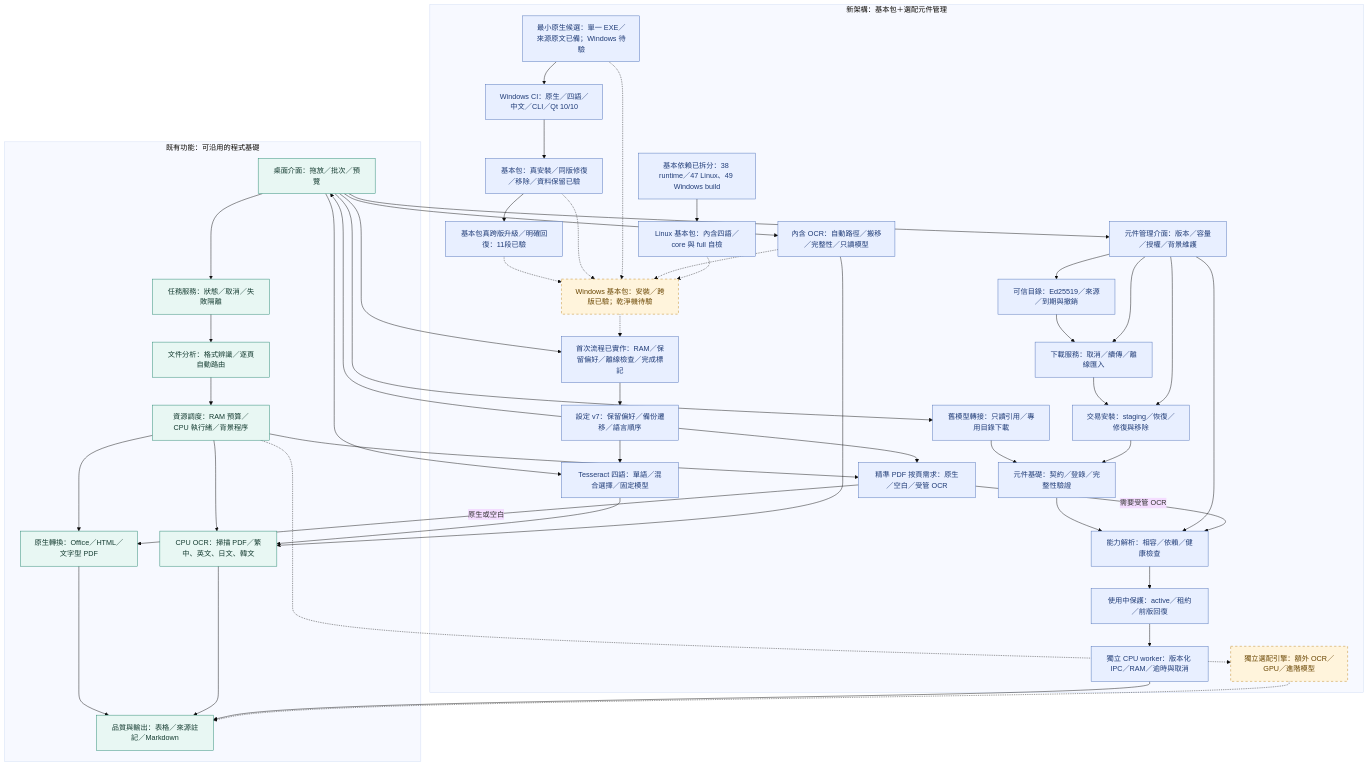
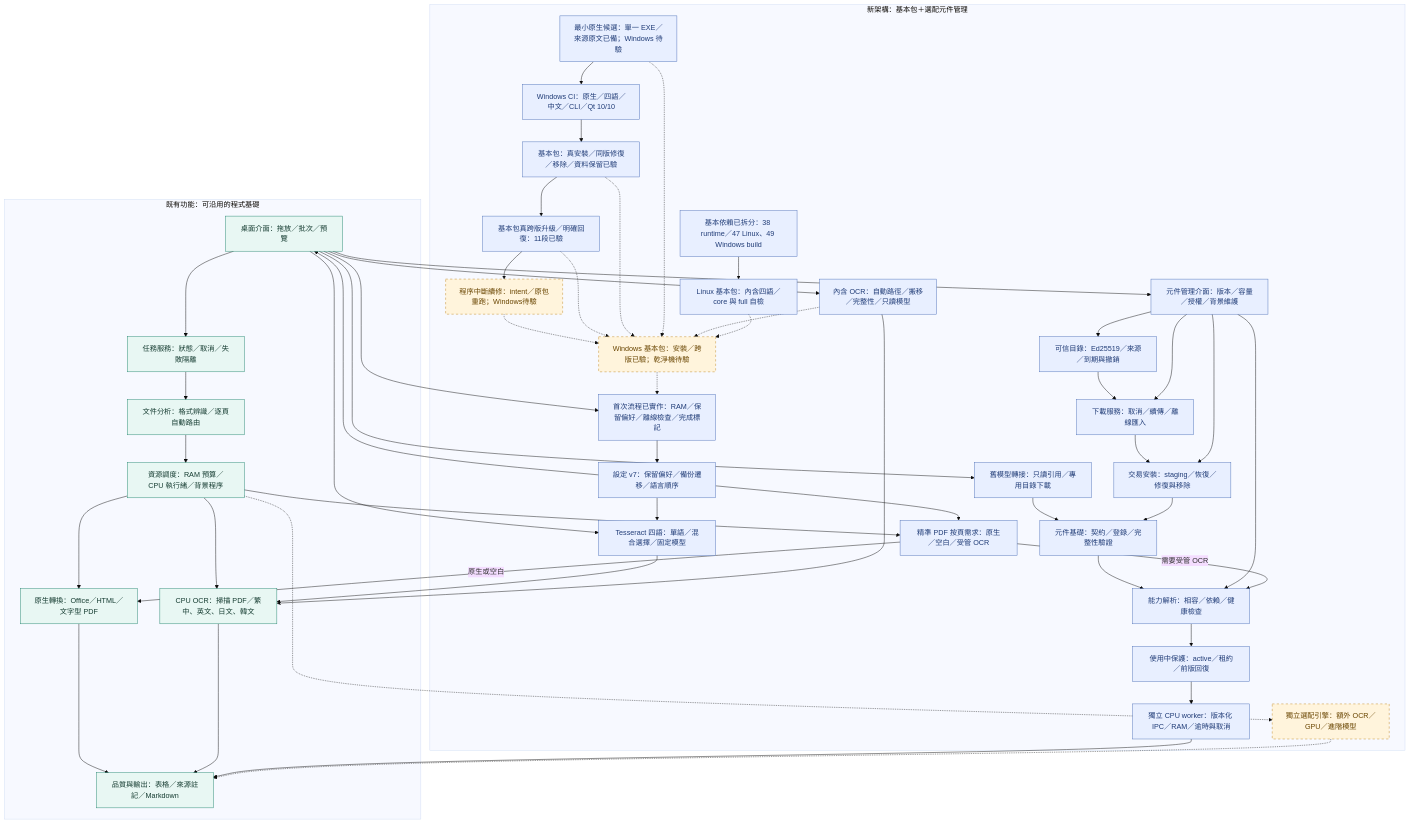
One commit to ChouTa-chuan/MarkItDown-exe changed the diagram in README.md. Above: the diagram before and after it, drawn with Mermaid (base theme). The commit also changed other lines of this file and 115 other files, not shown here.

````diff
--- a/README.md
+++ b/README.md
@@ -21,78 +21,81 @@
 ```mermaid
 flowchart TD
     subgraph Existing["既有功能：可沿用的程式基礎"]
         UI["桌面介面：拖放／批次／預覽"] --> APP["任務服務：狀態／取消／失敗隔離"]
         APP --> PLAN["文件分析：格式辨識／逐頁自動路由"]
         PLAN --> RES["資源調度：RAM 預算／CPU 執行緒／背景程序"]
         RES --> NATIVE["原生轉換：Office／HTML／文字型 PDF"]
         RES --> OCR["CPU OCR：掃描 PDF／繁中、英文、日文、韓文"]
         NATIVE --> QUALITY["品質與輸出：表格／來源註記／Markdown"]
         OCR --> QUALITY
     end
     subgraph Planned["新架構：基本包＋選配元件管理"]
         COMPONENTUI["元件管理介面：版本／容量／授權／背景維護"]
         FIRST["Windows 基本包：安裝／跨版已驗；乾淨機待驗"]
         PROFILE["基本依賴已拆分：38 runtime／47 Linux、49 Windows build"]
         PROFILEBUILD["Linux 基本包：內含四語／core 與 full 自檢"]
         FIRSTFLOW["首次流程已實作：RAM／保留偏好／離線檢查／完成標記"]
         COMPONENTS["元件基礎：契約／登錄／完整性驗證"]
         CAPABILITY["能力解析：相容／依賴／健康檢查"]
         INSTALLERCI["基本包：真安裝／同版修復／移除／資料保留已驗"]
+        RECOVERYCI["程序中斷續修：intent／原包重跑；Windows待驗"]
         UPGRADECI["基本包真跨版升級／明確回復：11段已驗"]
         WINCI["Windows CI：原生／四語／中文／CLI／Qt 10/10"]
         BUNDLED["內含 OCR：自動路徑／搬移／完整性／只讀模型"]
         MINIMALBUILD["最小原生候選：單一 EXE／來源原文已備；Windows 待驗"]
         LANGUAGES["Tesseract 四語：單語／混合選擇／固定模型"]
         ROUTE["精準 PDF 按頁需求：原生／空白／受管 OCR"]
         CPUWORKER["獨立 CPU worker：版本化 IPC／RAM／逾時與取消"]
         OPTIONAL["獨立選配引擎：額外 OCR／GPU／進階模型"]
         COMPONENTS --> CAPABILITY
         LEGACY["舊模型轉接：只讀引用／專用目錄下載"]
         PREFS["設定 v7：保留偏好／備份遷移／語言順序"]
         LEGACY --> COMPONENTS
         CATALOG["可信目錄：Ed25519／來源／到期與撤銷"] --> DOWNLOAD["下載服務：取消／續傳／離線匯入"]
         DOWNLOAD --> INSTALL["交易安裝：staging／恢復／修復與移除"]
         INSTALL --> COMPONENTS
         CAPABILITY --> LEASE["使用中保護：active／租約／前版回復"]
     end
     UI --> LANGUAGES
     LANGUAGES --> OCR
     PREFS --> LANGUAGES
     UI --> COMPONENTUI
     COMPONENTUI --> INSTALL
     COMPONENTUI --> CATALOG
     COMPONENTUI --> CAPABILITY
     LEASE --> CPUWORKER
     CPUWORKER --> QUALITY
     RES --> ROUTE
     ROUTE -->|需要受管 OCR| CAPABILITY
     ROUTE -->|原生或空白| NATIVE
     COMPONENTUI --> DOWNLOAD
     UI --> LEGACY
     PREFS --> UI
     UI --> FIRSTFLOW
     FIRSTFLOW --> PREFS
     PROFILE --> PROFILEBUILD
     MINIMALBUILD --> WINCI
+    UPGRADECI --> RECOVERYCI
+    RECOVERYCI -.-> FIRST
     INSTALLERCI --> UPGRADECI
     UPGRADECI -.-> FIRST
     WINCI --> INSTALLERCI
     INSTALLERCI -.-> FIRST
     MINIMALBUILD -.-> FIRST
     UI --> BUNDLED
     BUNDLED --> OCR
     BUNDLED -.-> FIRST
     PROFILEBUILD -.-> FIRST
     FIRST -.-> FIRSTFLOW
     PREFS --> ROUTE
     RES -.-> OPTIONAL
     OPTIONAL -.-> QUALITY
     classDef existing fill:#e8f7f3,stroke:#21856d,color:#153c31;
     classDef foundation fill:#e8efff,stroke:#4c6fb8,color:#203c77;
     class COMPONENTS,CAPABILITY,LEGACY,PREFS,CATALOG,DOWNLOAD,INSTALL,LEASE,CPUWORKER,COMPONENTUI,FIRSTFLOW,ROUTE,PROFILE,PROFILEBUILD,LANGUAGES,BUNDLED,MINIMALBUILD,WINCI foundation;
     class INSTALLERCI foundation;
     classDef planned fill:#fff4dc,stroke:#be8519,color:#694500,stroke-dasharray:5 5;
     class UI,APP,PLAN,RES,NATIVE,OCR,QUALITY existing;
     class UPGRADECI foundation;
-    class FIRST,OPTIONAL planned;
+    class FIRST,OPTIONAL,RECOVERYCI planned;
 ```
````
